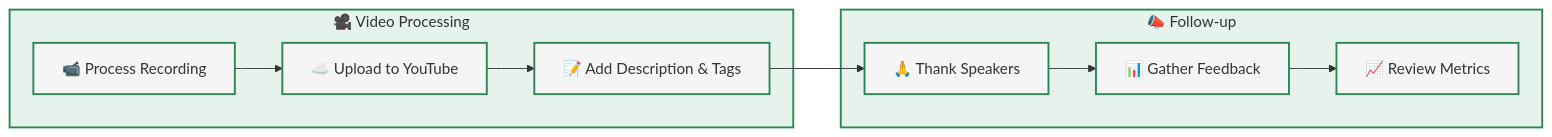
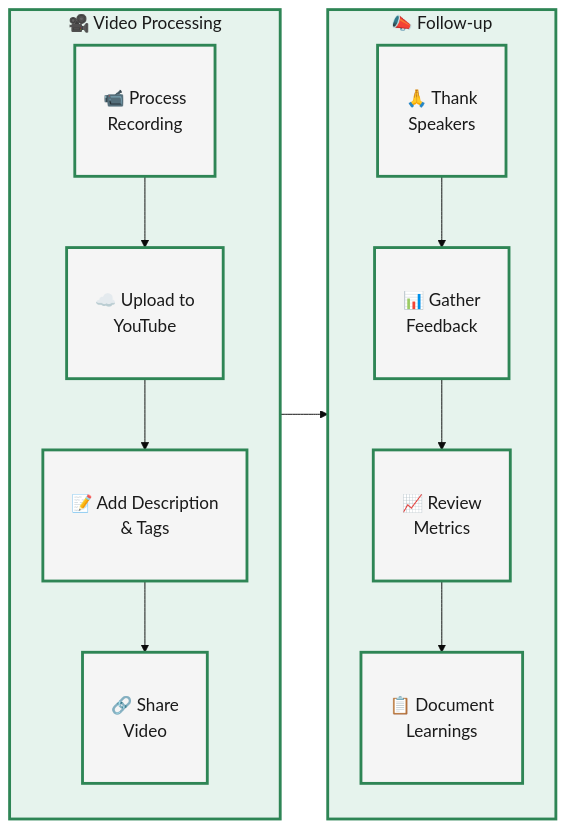
One commit to CBID2/VC-Community-Docs changed the fifth of 5 diagrams in docs/lightning-talks/processes/project-workflow.md. Above: the diagram before and after it, drawn with Mermaid. The commit also changed other lines of this file and 2 other files, not shown here.

First line of the commit message:
docs: add enhanced Mermaid diagrams to documentation

````diff
--- a/docs/lightning-talks/processes/project-workflow.md
+++ b/docs/lightning-talks/processes/project-workflow.md
@@ -151,22 +181,31 @@
 ```mermaid
+%%{init: {'theme':'base', 'themeVariables': {'fontSize':'18px', 'fontFamily':'arial'}}}%%
 flowchart LR
   %% Left Column - Video Processing
-  subgraph A[🎥 Video Processing]
-    A1[📹 Process Recording] --> A2[☁️ Upload to YouTube]
-    A2 --> A3[📝 Add Description & Tags]
+  subgraph A["🎥 Video Processing"]
+    direction TB
+    A1["📹 Process<br/>Recording"]
+    A2["☁️ Upload to<br/>YouTube"]
+    A3["📝 Add Description<br/>& Tags"]
+    A4["🔗 Share<br/>Video"]
+    A1 --> A2 --> A3 --> A4
   end
 
   %% Right Column - Follow-up
-  subgraph B[📣 Follow-up]
-    B1[🙏 Thank Speakers] --> B2[📊 Gather Feedback]
-    B2 --> B3[📈 Review Metrics]
+  subgraph B["📣 Follow-up"]
+    direction TB
+    B1["🙏 Thank<br/>Speakers"]
+    B2["📊 Gather<br/>Feedback"]
+    B3["📈 Review<br/>Metrics"]
+    B4["📋 Document<br/>Learnings"]
+    B1 --> B2 --> B3 --> B4
   end
 
   %% Flow between columns
-  A3 --> B1
+  A4 --> B1
 
   %% Styling
-  classDef default fill:#f5f5f5,stroke:#2e8555,stroke-width:2px,color:#333;
-  classDef process fill:#e6f3ed,stroke:#2e8555,stroke-width:2px,color:#333;
+  classDef default fill:#f5f5f5,stroke:#2e8555,stroke-width:3px,color:#1a1a1a,padding:15px;
+  classDef process fill:#e6f3ed,stroke:#2e8555,stroke-width:3px,color:#1a1a1a;
   class A,B process;
 ```
````
